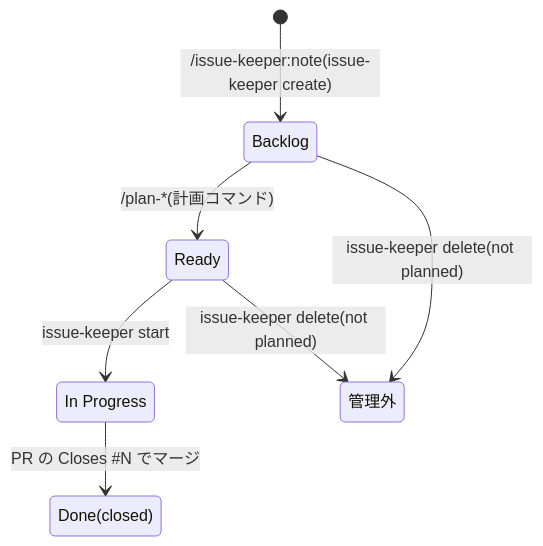
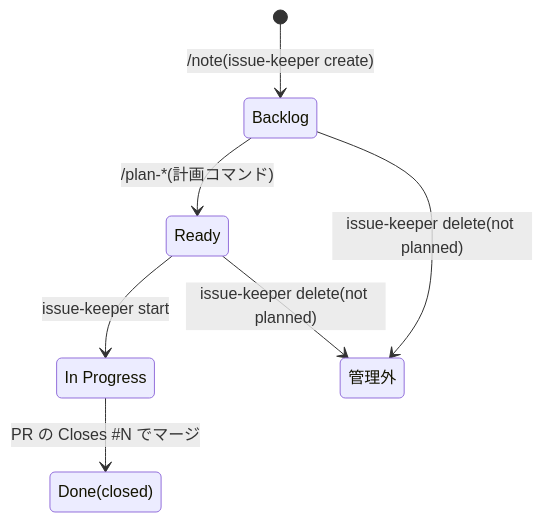
The diagram in docs/workflow.md (Katsu0424/issue-keeper), drawn with Mermaid before and after one commit. The commit also changed other lines of this file and 21 other files, not shown here.

````diff
--- a/docs/workflow.md
+++ b/docs/workflow.md
@@ -9,12 +9,12 @@
 ```mermaid
 stateDiagram-v2
-    [*] --> Backlog : /issue-keeper:note(issue-keeper create)
+    [*] --> Backlog : /note(issue-keeper create)
     Backlog --> Ready : /plan-*(計画コマンド)
     Ready --> InProgress : issue-keeper start
     InProgress --> Done : PR の Closes #N でマージ
     Backlog --> 管理外 : issue-keeper delete(not planned)
     Ready --> 管理外 : issue-keeper delete(not planned)
 
     state "In Progress" as InProgress
     state "Done(closed)" as Done
 ```
````
